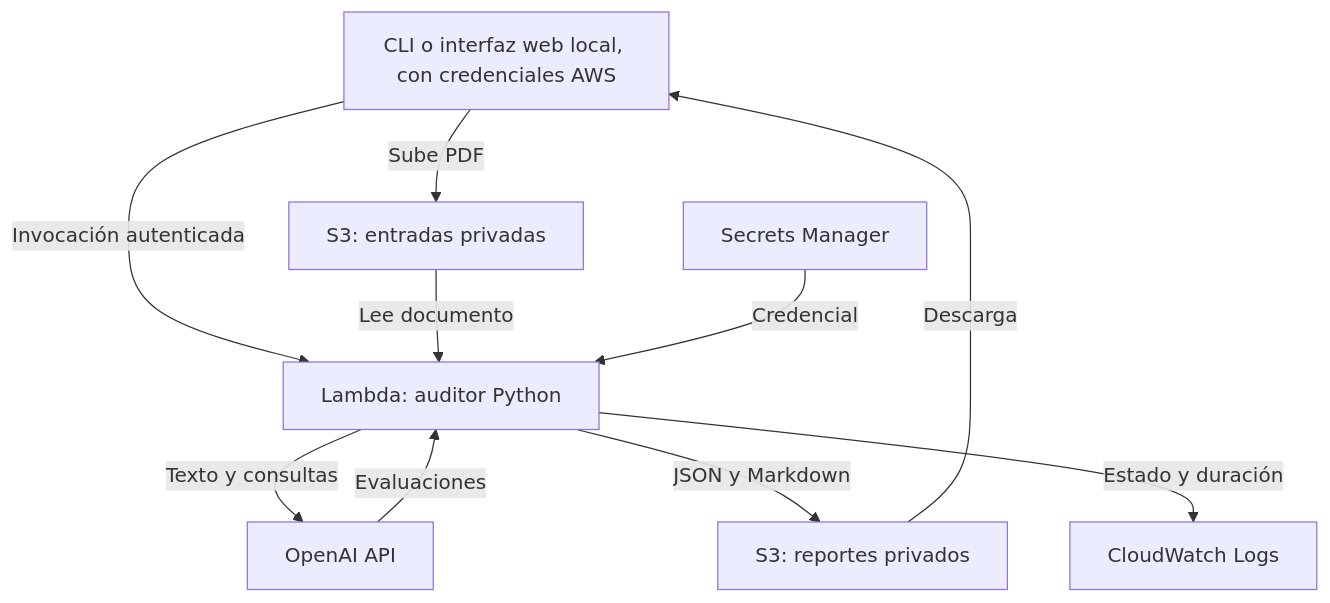
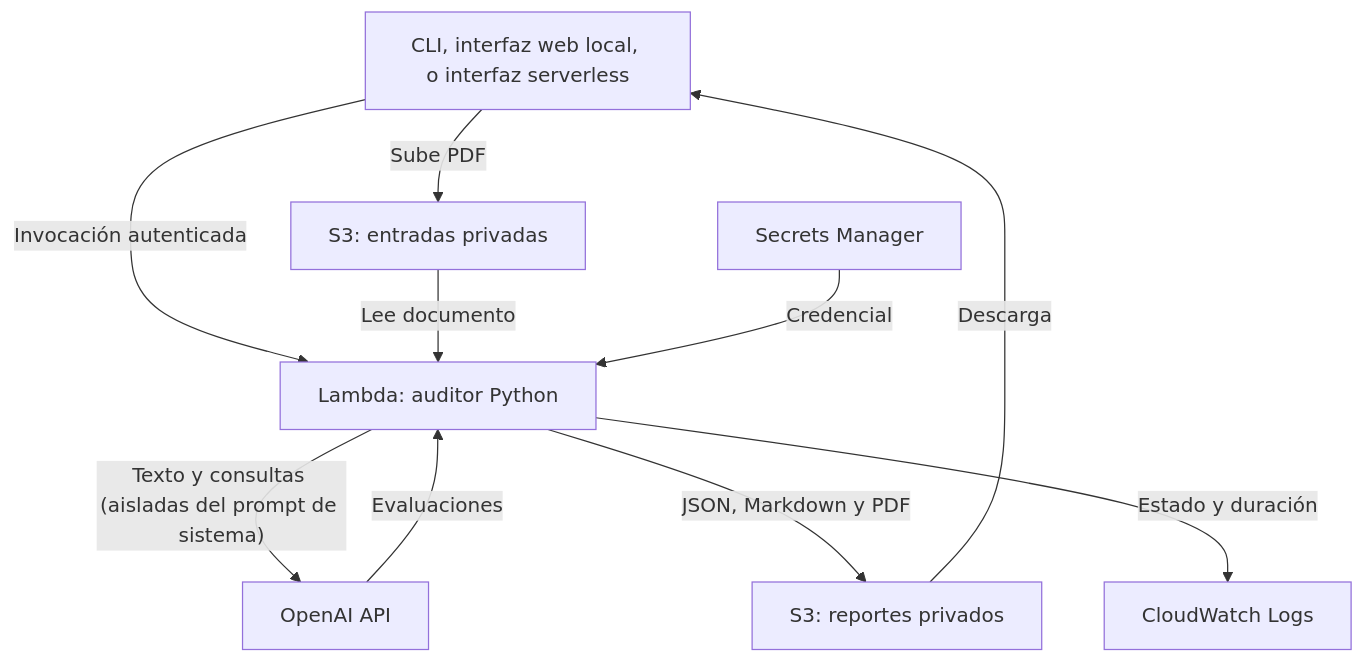
One commit to Michell-Mar/NLP-auditoria-rag changed the diagram in nlp-aws-corregido/README.md. Above: the diagram before and after it, drawn with Mermaid. The commit also changed other lines of this file and 34 other files, not shown here.

````diff
--- a/nlp-aws-corregido/README.md
+++ b/nlp-aws-corregido/README.md
@@ -21,12 +36,12 @@
 ```mermaid
 flowchart TD
-    U["CLI o interfaz web local, con credenciales AWS"] -->|"Sube PDF"| I["S3: entradas privadas"]
+    U["CLI, interfaz web local, o interfaz serverless"] -->|"Sube PDF"| I["S3: entradas privadas"]
     U -->|"Invocación autenticada"| L["Lambda: auditor Python"]
     I -->|"Lee documento"| L
     S["Secrets Manager"] -->|"Credencial"| L
-    L -->|"Texto y consultas"| O["OpenAI API"]
+    L -->|"Texto y consultas (aisladas del prompt de sistema)"| O["OpenAI API"]
     O -->|"Evaluaciones"| L
-    L -->|"JSON y Markdown"| R["S3: reportes privados"]
+    L -->|"JSON, Markdown y PDF"| R["S3: reportes privados"]
     R -->|"Descarga"| U
     L -->|"Estado y duración"| C["CloudWatch Logs"]
 ```
````
